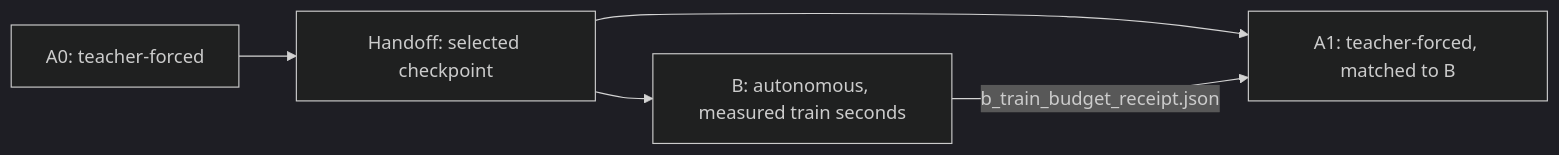
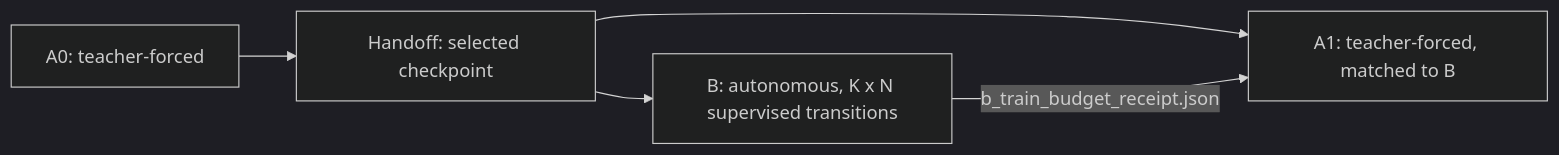
One commit to Rinovative/grainlegumes-pino-drying changed the diagram in docs/05_training.md. Above: the diagram before and after it, drawn with Mermaid (dark theme). The commit also changed other lines of this file and 249 other files, not shown here.

````diff
--- a/docs/05_training.md
+++ b/docs/05_training.md
@@ -116,7 +191,7 @@
 ```mermaid
 flowchart LR
   A0["A0: teacher-forced"] --> H["Handoff: selected checkpoint"]
-  H --> B["B: autonomous, measured train seconds"]
+  H --> B["B: autonomous, K x N supervised transitions"]
   H --> A1["A1: teacher-forced, matched to B"]
   B -- "b_train_budget_receipt.json" --> A1
 ```
````
